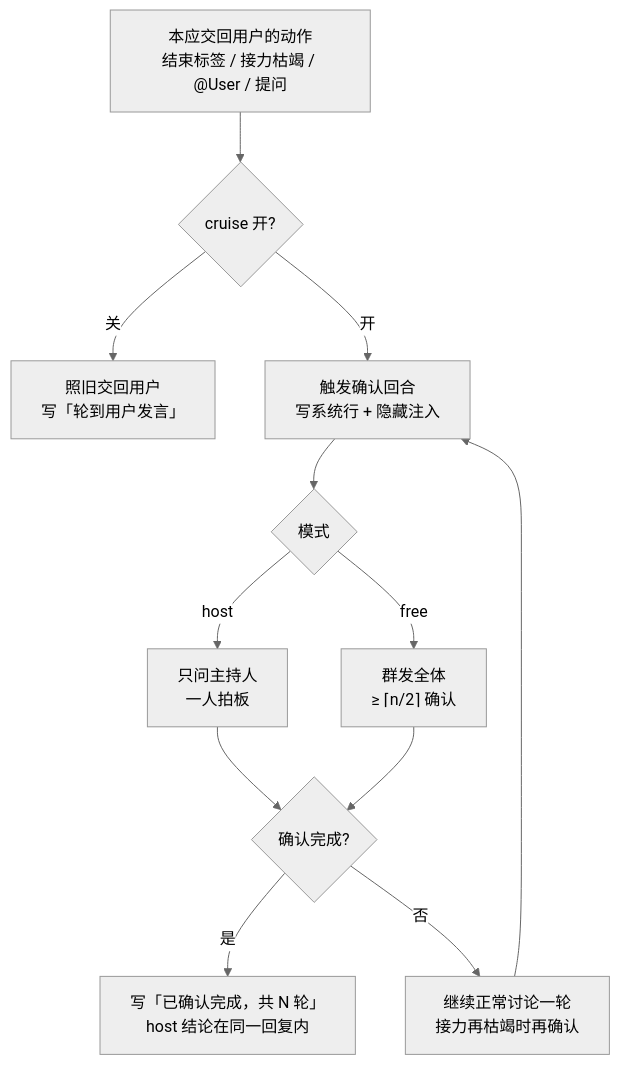
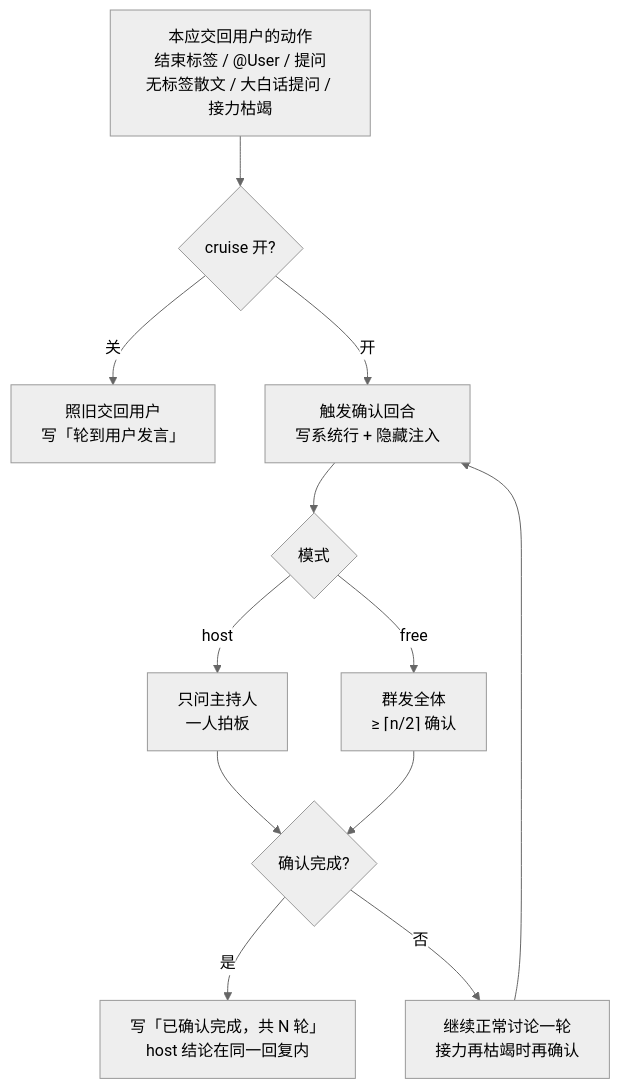
One commit to clawbench-dev/clawbench changed the fourth of 4 diagrams in docs/spec/features/group-chat.md. Above: the diagram before and after it, drawn with Mermaid (neutral theme). The commit also changed other lines of this file and 14 other files, not shown here.

````diff
--- a/docs/spec/features/group-chat.md
+++ b/docs/spec/features/group-chat.md
@@ -81,14 +81,14 @@
 ```mermaid
 flowchart TB
-    A[本应交回用户的动作<br/>结束标签 / 接力枯竭 / @User / 提问] --> B{cruise 开?}
+    A[本应交回用户的动作<br/>结束标签 / @User / 提问<br/>无标签散文 / 大白话提问 / 接力枯竭] --> B{cruise 开?}
     B -->|关| H[照旧交回用户<br/>写「轮到用户发言」]
     B -->|开| C[触发确认回合<br/>写系统行 + 隐藏注入]
     C --> D{模式}
     D -->|host| E[只问主持人<br/>一人拍板]
     D -->|free| F[群发全体<br/>≥ ⌈n/2⌉ 确认]
     E --> G{确认完成?}
     F --> G
     G -->|是| I[写「已确认完成，共 N 轮」<br/>host 结论在同一回复内]
     G -->|否| J[继续正常讨论一轮<br/>接力再枯竭时再确认]
     J --> C
 ```
````
